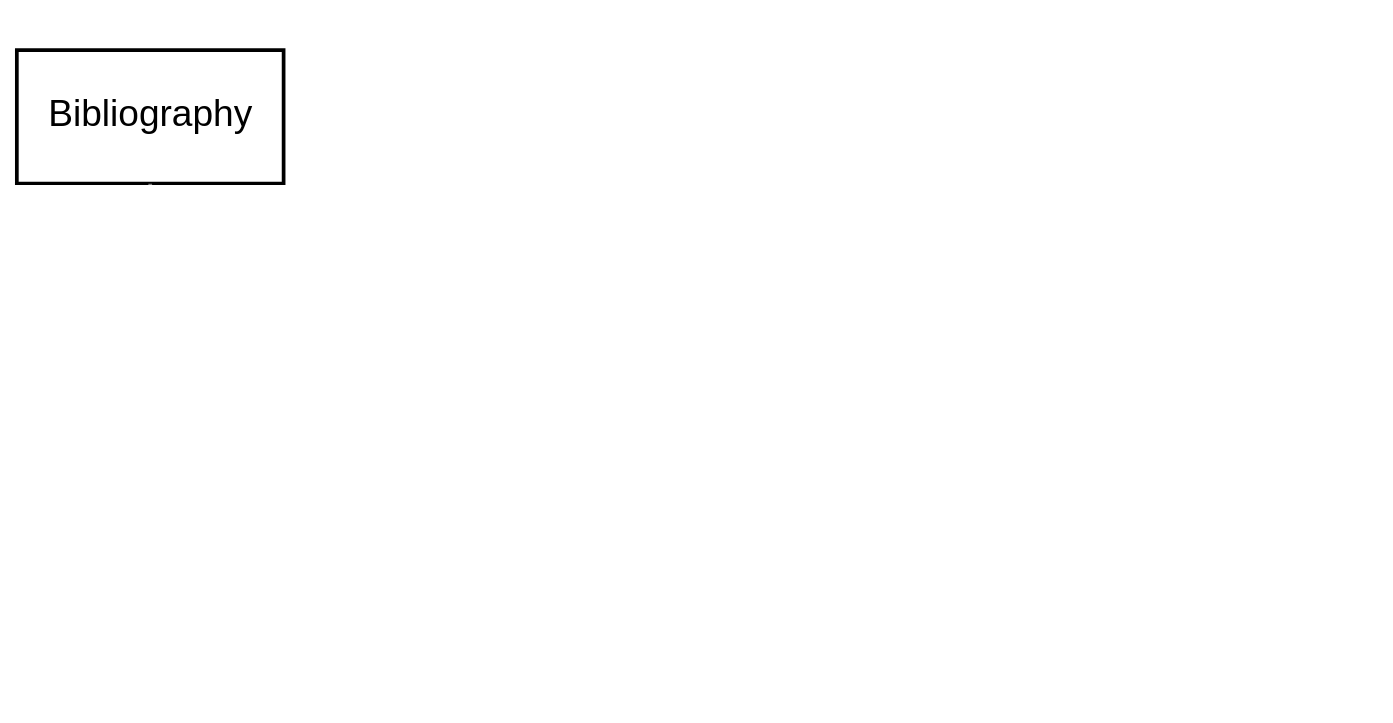
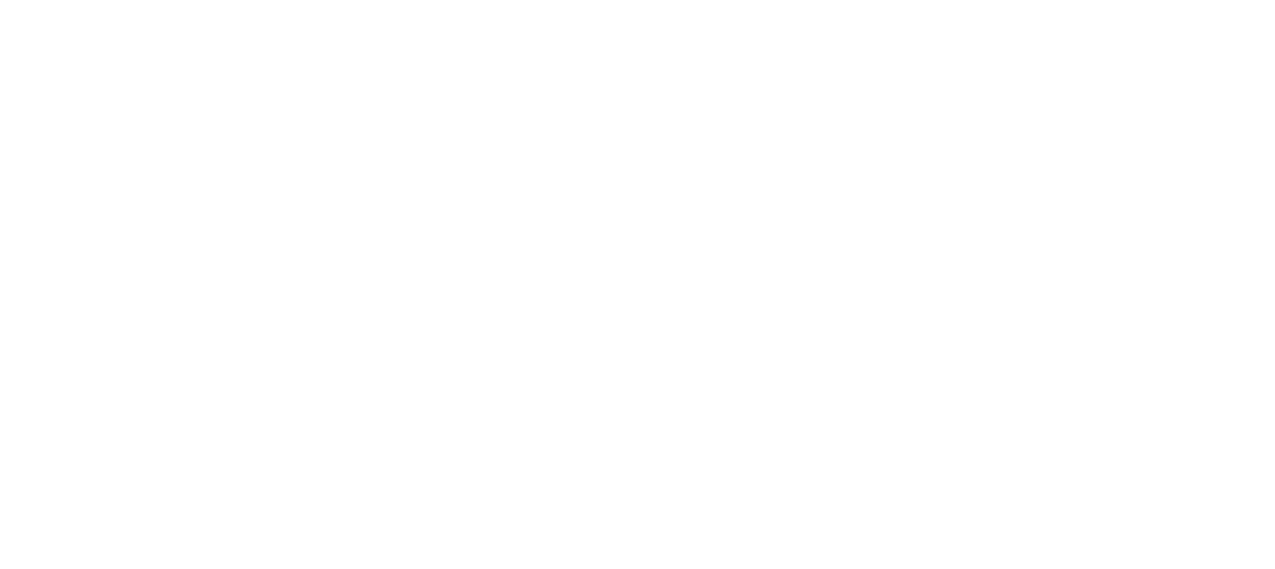
The diagram in documents/08-publication.org (pprevos/emacs-writing-studio), drawn with Graphviz before and after one commit. The commit also changed other lines of this file and 1 other file, not shown here.

Commit message:
Update terminology for clarity in export section
Clarify references to "Org mode files" and update "Word processor"
to "DOCx" in the export diagram.

```diff
--- a/documents/08-publication.org
+++ b/documents/08-publication.org
@@ -17,26 +17,26 @@
 #+begin_src dot :file images/org-mode-export-principles.png
   digraph {
   graph [dpi=300]
   rankdir=LR
   node [fontname=Arial fontsize=10]
   edge [fontname=Courier fontsize=9 color = gray]
 
   bibtex [label="Bibliography" shape="polygon" width=1]
   org [label="Org" shape="polygon" width=1]
   tex [label="LaTeX" shape="polygon"]
   pdf [label="PDF" shape="note" width=.9]
   html [label="HTML" shape="note"]
   epub [label="ePub" shape="note"]
   odt [label="ODT" shape="note"]
-  word [label="Word\nprocesssor" shape="note" width=.9]
+  word [label="DOCx" shape="note" width=.9]
 
   bibtex -> org [constraint=false]
   org -> tex [label="Org"]
   tex -> pdf [label="LaTeX"]
   org -> html [label="Org"]
-  org -> epub [label="ox-epub/zip"]
+  html -> epub [label="ox-epub/zip"]
   org -> odt [label="Org/zip"]
   odt -> pdf [label="LibreOffice"]
   odt -> word [label="LibreOffice"]
   }
 #+end_src
```
